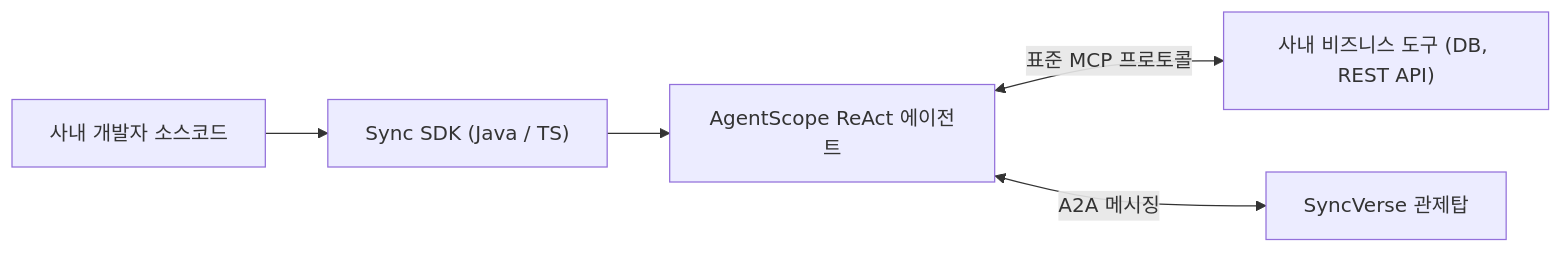
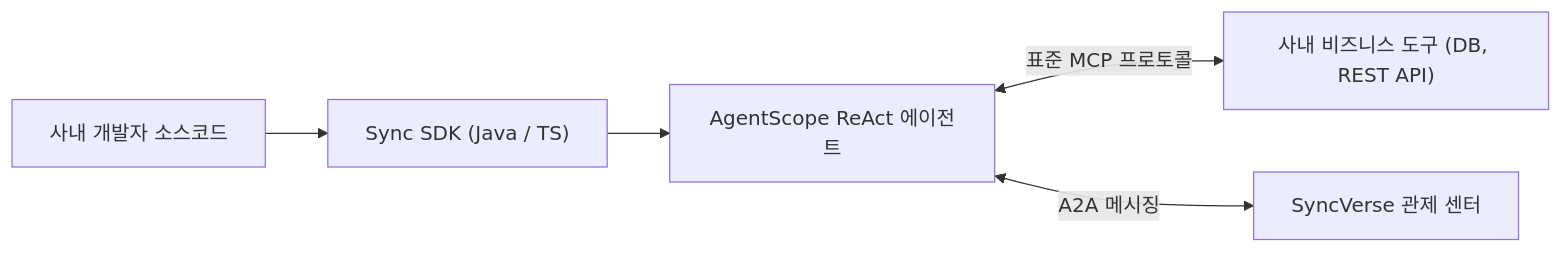
One commit to DramaticCollaboration/doc.github.io changed the diagram in ko/sdk/index.md. Above: the diagram before and after it, drawn with Mermaid. The commit also changed other lines of this file and 7 other files, not shown here.

````diff
--- a/ko/sdk/index.md
+++ b/ko/sdk/index.md
@@ -17,7 +17,7 @@
 ```mermaid
 flowchart LR
     Dev["사내 개발자 소스코드"] --> SDK["Sync SDK (Java / TS)"]
     SDK --> Agent["AgentScope ReAct 에이전트"]
     Agent <--> |표준 MCP 프로토콜| Tools["사내 비즈니스 도구 (DB, REST API)"]
-    Agent <--> |A2A 메시징| SyncVerse["SyncVerse 관제탑"]
+    Agent <--> |A2A 메시징| SyncVerse["SyncVerse 관제 센터"]
 ```
````
